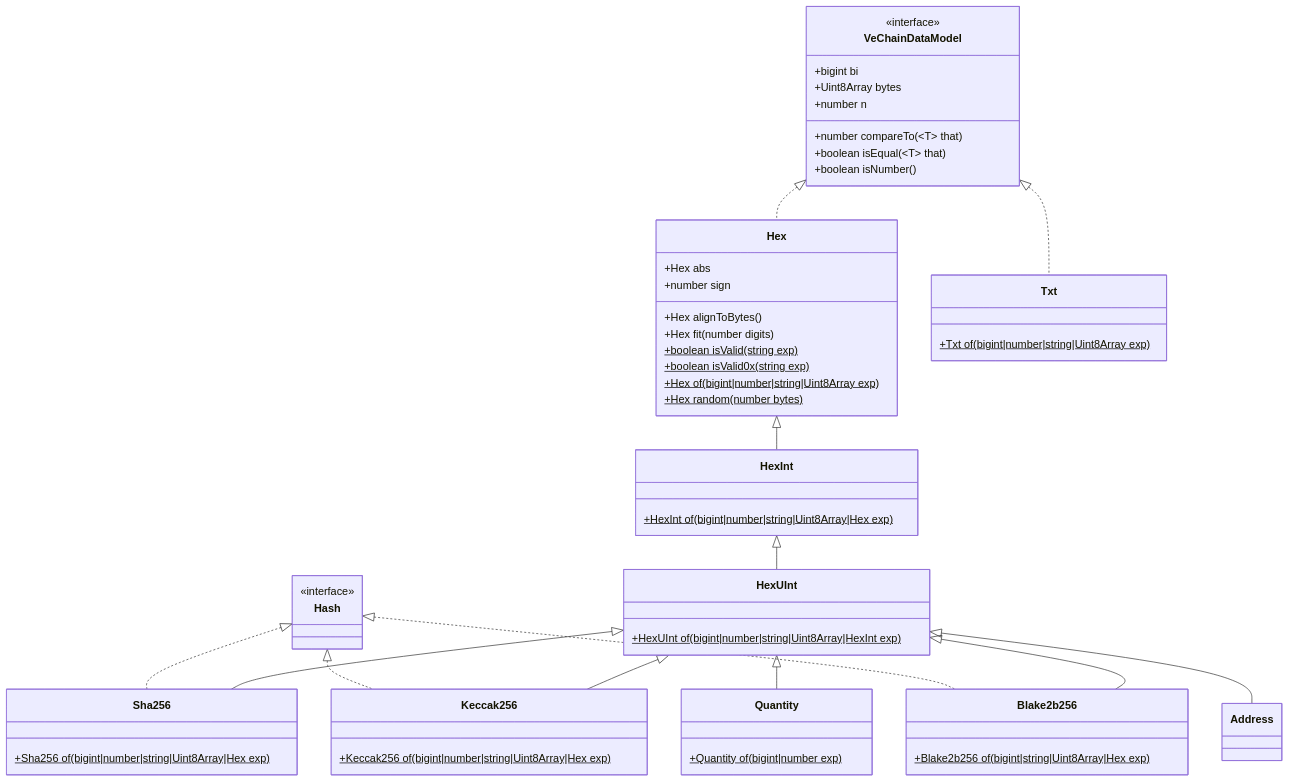
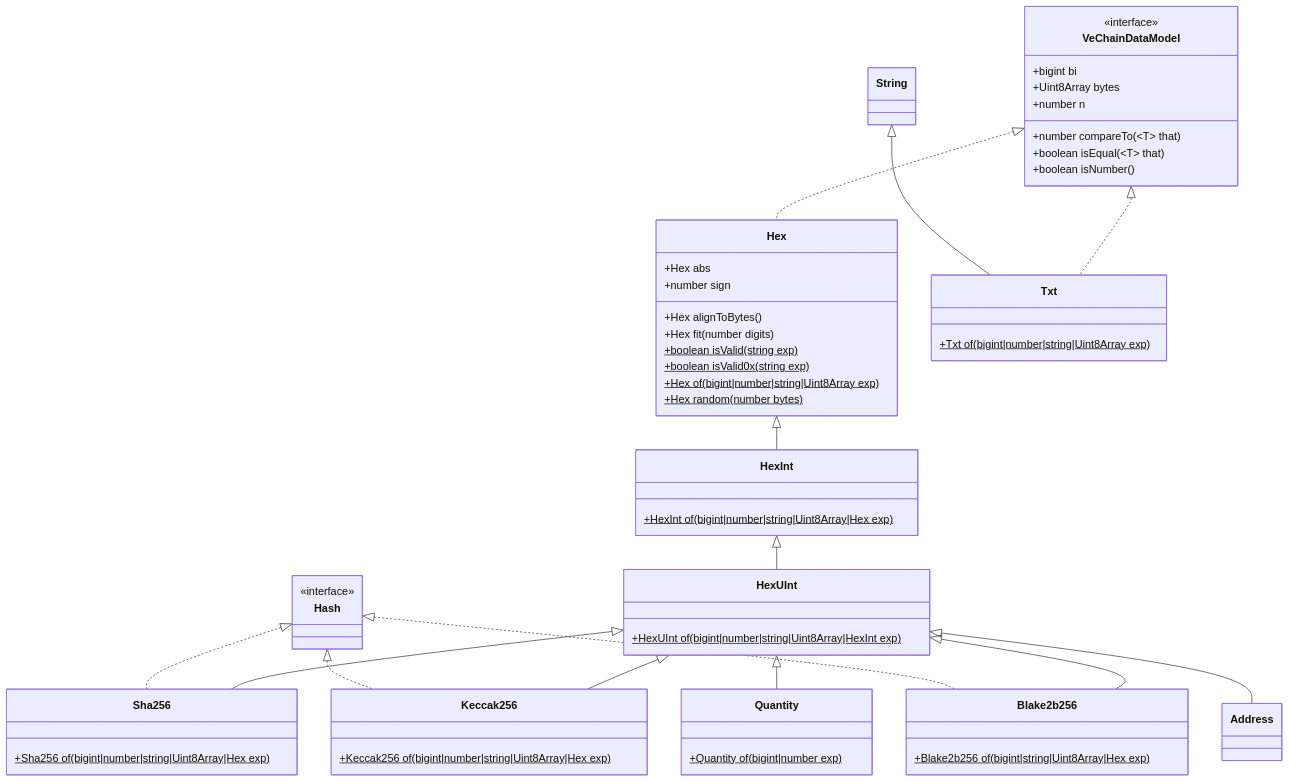
Before and after one commit to vechain/vechain-sdk-js: the diagram in docs/diagrams/architecture/vcdm.md, drawn with Mermaid. The commit also changed 6 other files, not shown here.

````diff
--- a/docs/diagrams/architecture/vcdm.md
+++ b/docs/diagrams/architecture/vcdm.md
@@ -1,59 +1,61 @@
 ```mermaid
 classDiagram
     class Address
     class Blake2b256 {
         +Blake2b256 of(bigint|string|Uint8Array|Hex exp)$
     }
     class Hash {
         <<interface>>
     }
     class Hex {
         +Hex abs
         +number sign
         +Hex alignToBytes()
         +Hex fit(number digits)
         +boolean isValid(string exp)$
         +boolean isValid0x(string exp)$
         +Hex of(bigint|number|string|Uint8Array exp)$
         +Hex random(number bytes)$
     }
     class HexInt {
         +HexInt of(bigint|number|string|Uint8Array|Hex exp)$
     }
     class HexUInt {
         +HexUInt of(bigint|number|string|Uint8Array|HexInt exp)$
     }
     class Keccak256 {
         +Keccak256 of(bigint|number|string|Uint8Array|Hex exp)$
     }
     class Quantity {
         +Quantity of(bigint|number exp)$
     }
     class Sha256 {
         +Sha256 of(bigint|number|string|Uint8Array|Hex exp)$
     }
+    class String
     class Txt {
         +Txt of(bigint|number|string|Uint8Array exp)$
     }
     class VeChainDataModel{
         <<interface>>
       +bigint bi
       +Uint8Array bytes
       +number n
       +number compareTo(~T~ that)
       +boolean isEqual(~T~ that)
       +boolean isNumber()
     }
     Hash <|.. Blake2b256
     Hash <|.. Keccak256
     Hash <|.. Sha256
     Hex <|-- HexInt
     HexInt <|-- HexUInt
     HexUInt <|-- Address
     HexUInt <|-- Blake2b256
     HexUInt <|-- Keccak256
     HexUInt <|-- Quantity
     HexUInt <|-- Sha256
+    String <|-- Txt
     VeChainDataModel <|.. Hex
     VeChainDataModel <|.. Txt
 ```
````
